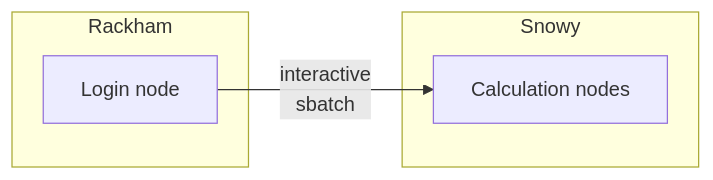
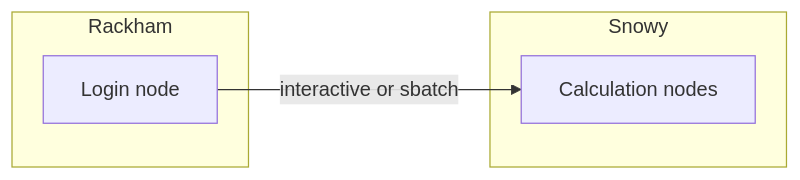
The diagram in docs/getting_started/login_snowy.md (UPPMAX/UPPMAX-documentation), drawn with Mermaid before and after one commit.

Commit message:
Fix change in newline behavior in marmaid, fix #133

````diff
--- a/docs/getting_started/login_snowy.md
+++ b/docs/getting_started/login_snowy.md
@@ -37,14 +37,14 @@
 ```mermaid
 graph LR
 
   subgraph "Snowy"
     snowy_calculation_node[Calculation nodes]
   end
 
 
   subgraph "Rackham"
     login_node[Login node]
   end
     
-  login_node --> |interactive\nsbatch| snowy_calculation_node
+  login_node --> |interactive or sbatch| snowy_calculation_node
 ```
````
